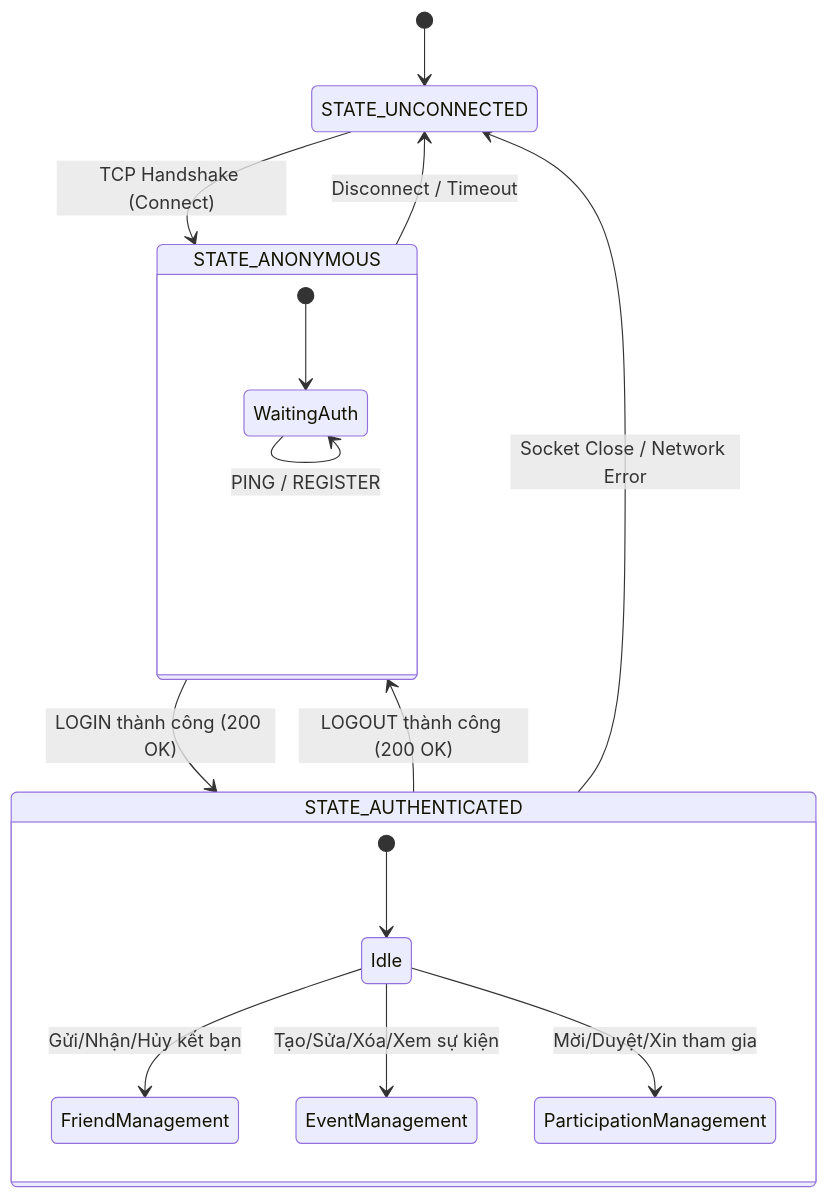
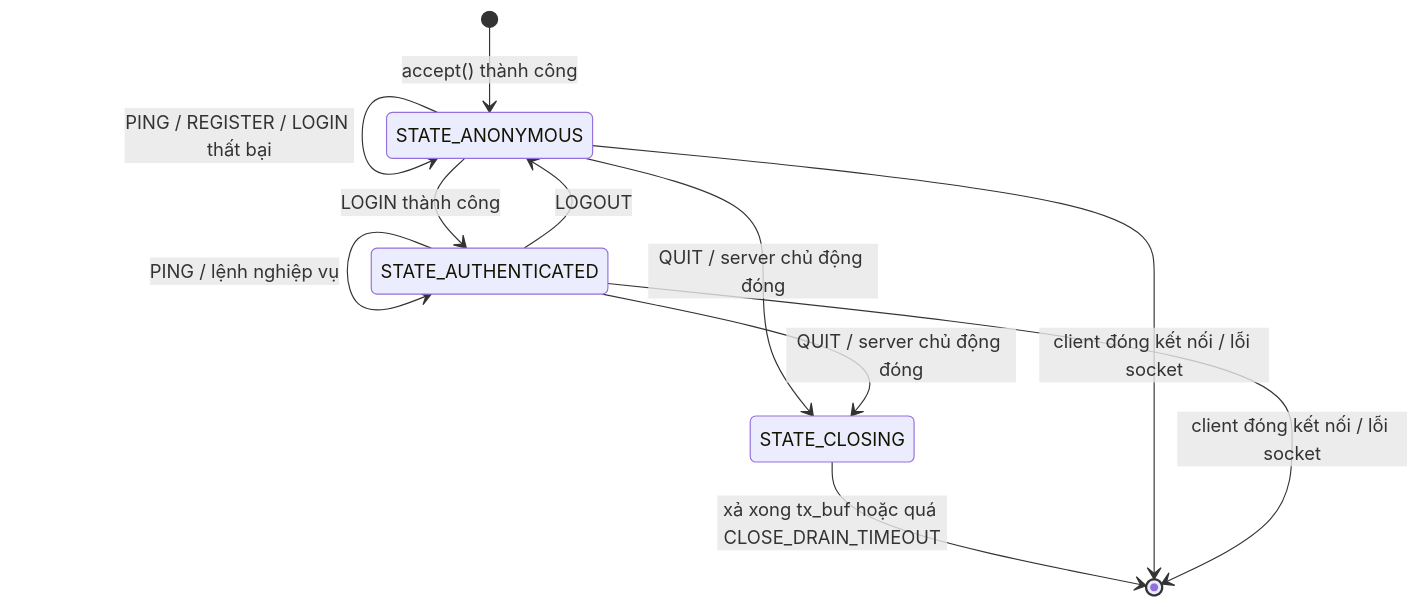
The first of 2 diagrams in docs/FEATURE_SPEC.md (SonNX24042005/eventora), drawn with Mermaid before and after one commit. The commit also changed other lines of this file, not shown here.

````diff
--- a/docs/FEATURE_SPEC.md
+++ b/docs/FEATURE_SPEC.md
@@ -43,23 +94,13 @@
 ```mermaid
 stateDiagram-v2
-    [*] --> STATE_UNCONNECTED
-    STATE_UNCONNECTED --> STATE_ANONYMOUS: TCP Handshake (Connect)
-    
-    state STATE_ANONYMOUS {
-        [*] --> WaitingAuth
-        WaitingAuth --> WaitingAuth: PING / REGISTER
-    }
-    
-    STATE_ANONYMOUS --> STATE_AUTHENTICATED: LOGIN thành công (200 OK)
-    STATE_ANONYMOUS --> STATE_UNCONNECTED: Disconnect / Timeout
-    
-    state STATE_AUTHENTICATED {
-        [*] --> Idle
-        Idle --> FriendManagement: Gửi/Nhận/Hủy kết bạn
-        Idle --> EventManagement: Tạo/Sửa/Xóa/Xem sự kiện
-        Idle --> ParticipationManagement: Mời/Duyệt/Xin tham gia
-    }
-    
-    STATE_AUTHENTICATED --> STATE_ANONYMOUS: LOGOUT thành công (200 OK)
-    STATE_AUTHENTICATED --> STATE_UNCONNECTED: Socket Close / Network Error
+    [*] --> STATE_ANONYMOUS: accept() thành công
+    STATE_ANONYMOUS --> STATE_ANONYMOUS: PING / REGISTER / LOGIN thất bại
+    STATE_ANONYMOUS --> STATE_AUTHENTICATED: LOGIN thành công
+    STATE_AUTHENTICATED --> STATE_AUTHENTICATED: PING / lệnh nghiệp vụ
+    STATE_AUTHENTICATED --> STATE_ANONYMOUS: LOGOUT
+    STATE_ANONYMOUS --> STATE_CLOSING: QUIT / server chủ động đóng
+    STATE_AUTHENTICATED --> STATE_CLOSING: QUIT / server chủ động đóng
+    STATE_CLOSING --> [*]: xả xong tx_buf hoặc quá CLOSE_DRAIN_TIMEOUT
+    STATE_ANONYMOUS --> [*]: client đóng kết nối / lỗi socket
+    STATE_AUTHENTICATED --> [*]: client đóng kết nối / lỗi socket
 ```
````
